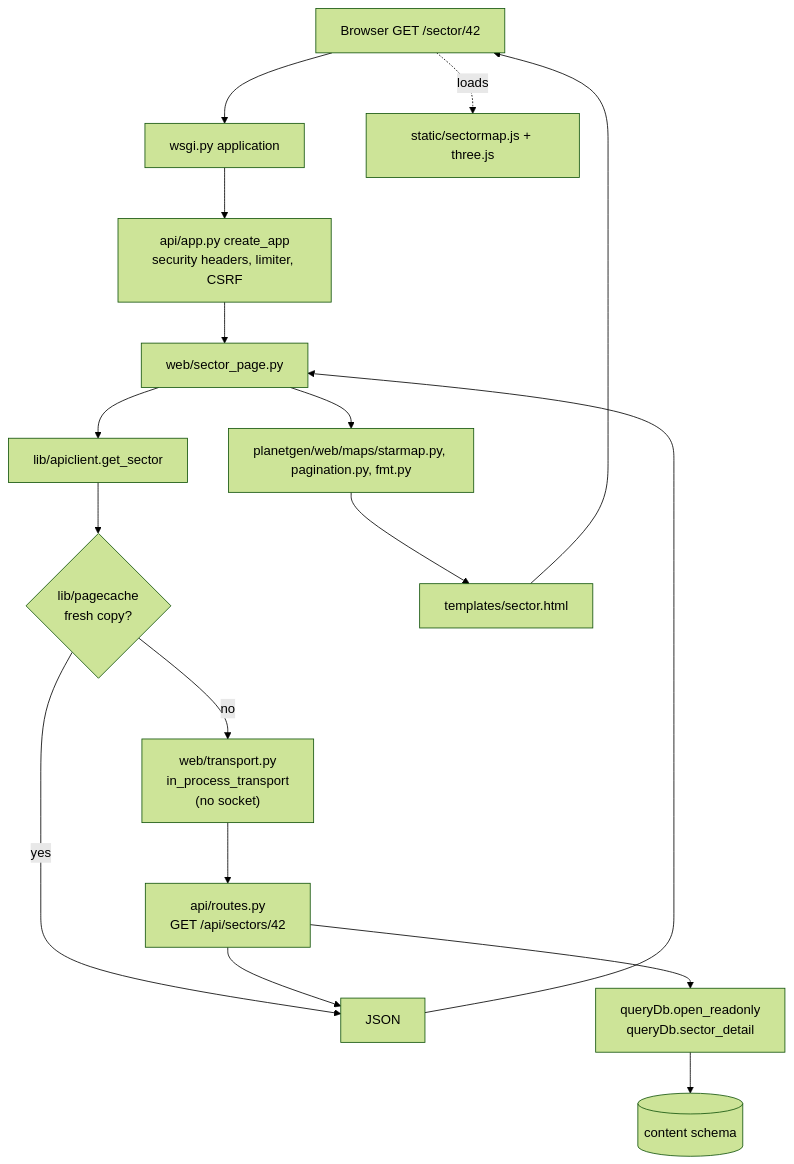
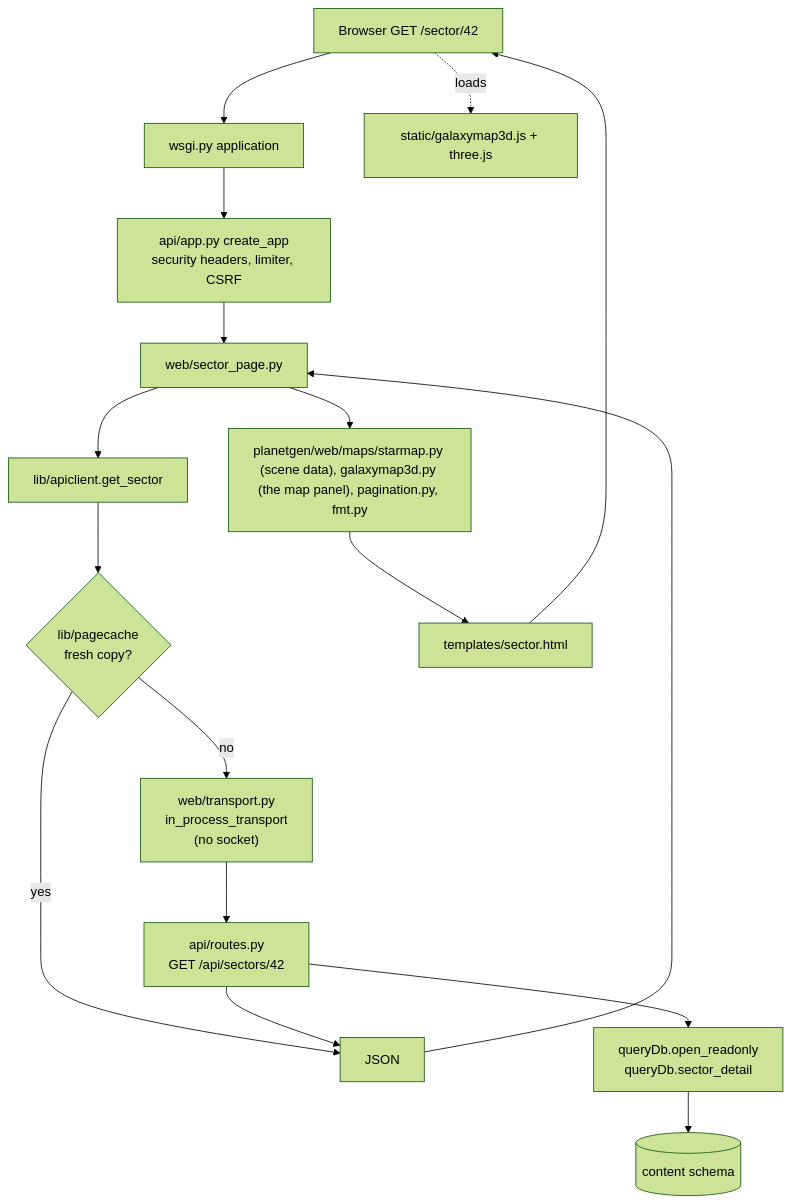
Before and after one commit to dwhagar/planetGen: the fifth of 8 diagrams in docs/design/architecture.md, drawn with Mermaid (forest theme). The commit also changed other lines of this file and 35 other files, not shown here.

````diff
--- a/docs/design/architecture.md
+++ b/docs/design/architecture.md
@@ -553,19 +553,19 @@
 ```mermaid
 flowchart TD
     B["Browser GET /sector/42"] --> W["wsgi.py application"]
     W --> App["api/app.py create_app<br/>security headers, limiter, CSRF"]
     App --> View["web/sector_page.py"]
     View --> AC["lib/apiclient.get_sector"]
     AC --> PC{"lib/pagecache<br/>fresh copy?"}
     PC -->|"yes"| JSON
     PC -->|"no"| T["web/transport.py<br/>in_process_transport<br/>(no socket)"]
     T --> R["api/routes.py<br/>GET /api/sectors/42"]
     R --> Q["queryDb.open_readonly<br/>queryDb.sector_detail"]
     Q --> DB[("content schema")]
     R --> JSON["JSON"]
     JSON --> View
-    View --> Lib["planetgen/web/maps/starmap.py, pagination.py, fmt.py"]
+    View --> Lib["planetgen/web/maps/starmap.py (scene data), galaxymap3d.py (the map panel), pagination.py, fmt.py"]
     Lib --> Tpl["templates/sector.html"]
     Tpl --> B
-    B -. "loads" .-> JS["static/sectormap.js + three.js"]
+    B -. "loads" .-> JS["static/galaxymap3d.js + three.js"]
 ```
````
